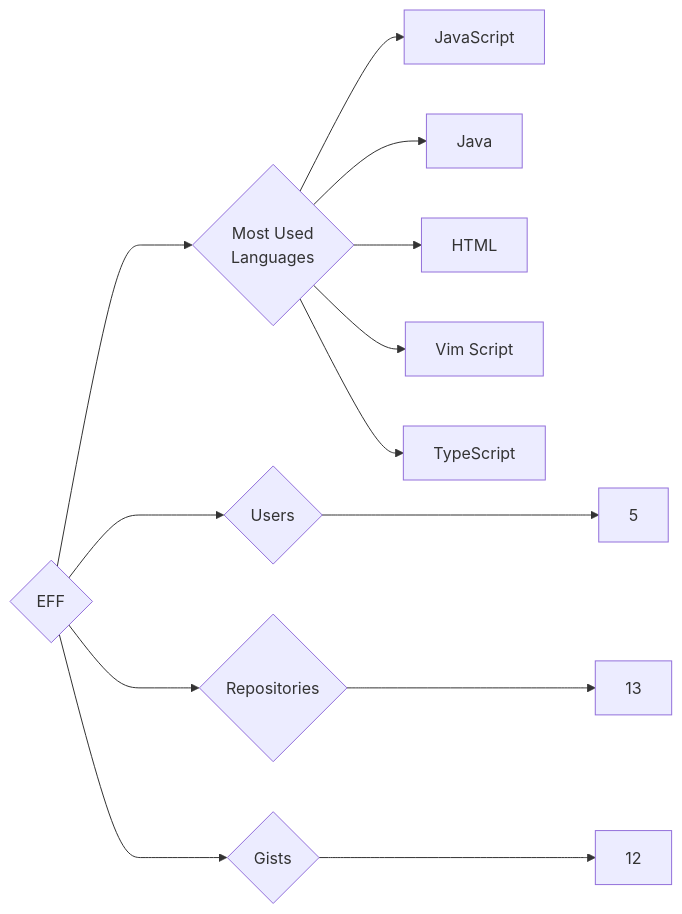
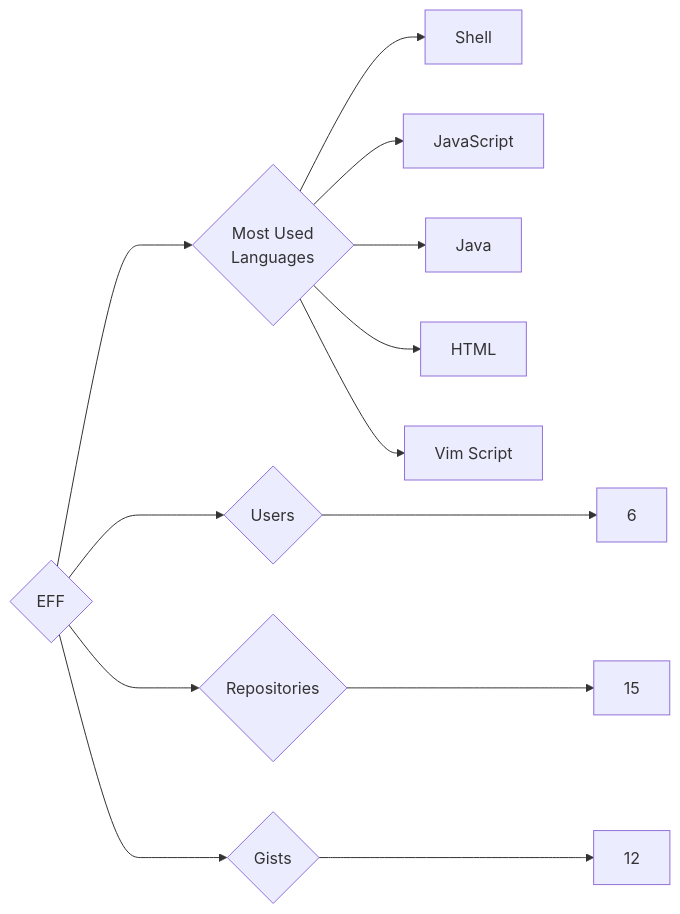
One commit to trickest/insiders changed the diagram in targets/EFF/README.md. Above: the diagram before and after it, drawn with Mermaid. The commit also changed 723 other files, not shown here.

````diff
--- a/targets/EFF/README.md
+++ b/targets/EFF/README.md
@@ -3,13 +3,13 @@
 ```mermaid
 graph LR
 COMPANY_NAME{EFF}
-COMPANY_NAME ---> U{Users} ---> UN[5]
-COMPANY_NAME ---> R{Repositories} ---> RN[13]
+COMPANY_NAME ---> U{Users} ---> UN[6]
+COMPANY_NAME ---> R{Repositories} ---> RN[15]
 COMPANY_NAME ---> G{Gists} ---> GN[12]
 COMPANY_NAME ---> ML{Most Used<br>Languages}
+ML --> Shell[Shell]
 ML --> JavaScript[JavaScript]
 ML --> Java[Java]
 ML --> HTML[HTML]
 ML --> Vim_Script[Vim Script]
-ML --> TypeScript[TypeScript]
 ```
````
